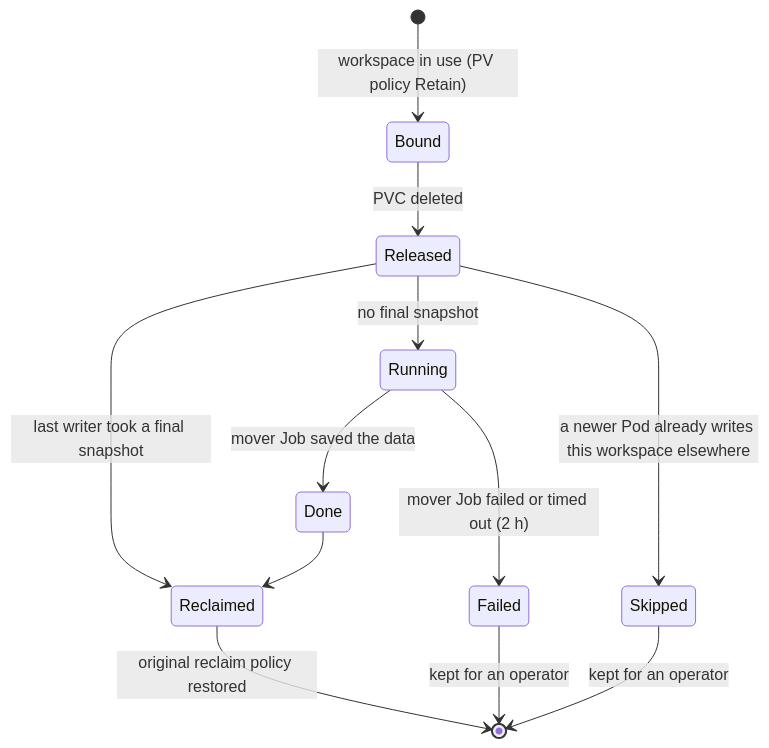
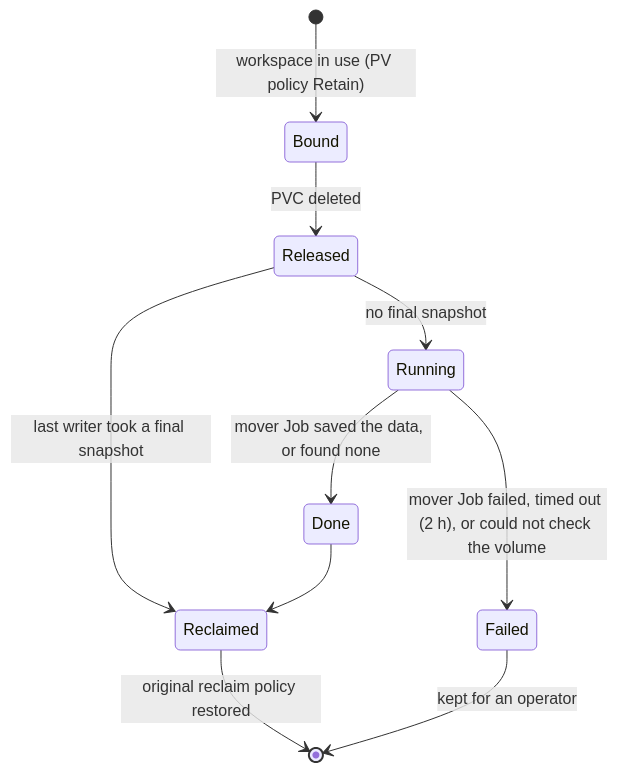
Before and after one commit to chrisyifanjin/wsnap: the third of 4 diagrams in docs/architecture.md, drawn with Mermaid. The commit also changed other lines of this file and 64 other files, not shown here.

````diff
--- a/docs/architecture.md
+++ b/docs/architecture.md
@@ -161,14 +179,12 @@
 ```mermaid
 stateDiagram-v2
   [*] --> Bound: workspace in use (PV policy Retain)
   Bound --> Released: PVC deleted
   Released --> Reclaimed: last writer took a final snapshot
   Released --> Running: no final snapshot
-  Running --> Done: mover Job saved the data
-  Running --> Failed: mover Job failed or timed out (2 h)
+  Running --> Done: mover Job saved the data, or found none
+  Running --> Failed: mover Job failed, timed out (2 h), or could not check the volume
   Done --> Reclaimed
-  Released --> Skipped: a newer Pod already writes this workspace elsewhere
   Reclaimed --> [*]: original reclaim policy restored
   Failed --> [*]: kept for an operator
-  Skipped --> [*]: kept for an operator
 ```
````
